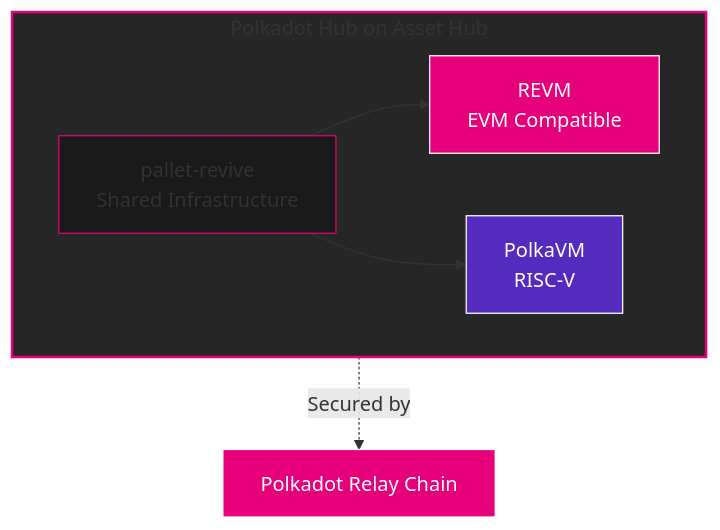
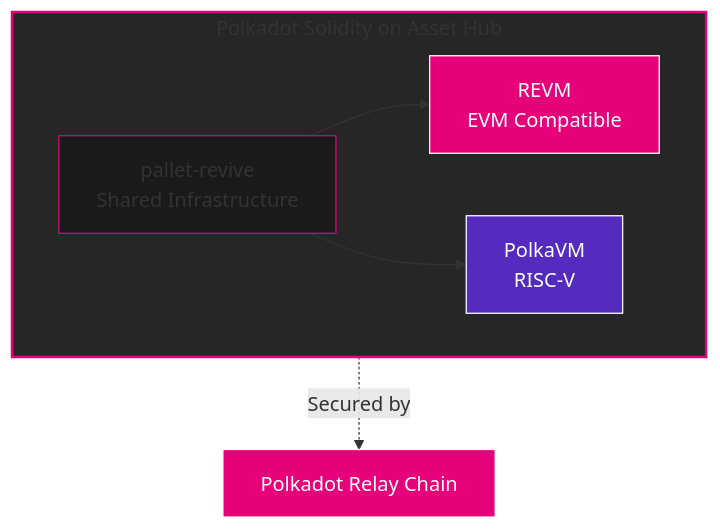
The second of 5 diagrams in slides/evm-tooling-development-setup.md (openguild-labs/polkadot-codecamp), drawn with Mermaid before and after one commit. The commit also changed other lines of this file and 29 other files, not shown here.

````diff
--- a/slides/evm-tooling-development-setup.md
+++ b/slides/evm-tooling-development-setup.md
@@ -60,20 +60,20 @@
 ```mermaid
 graph TB
-    subgraph HUB[Polkadot Hub on Asset Hub]
+    subgraph HUB[Polkadot Solidity on Asset Hub]
         PALLET[pallet-revive<br/>Shared Infrastructure]
         REVM[REVM<br/>EVM Compatible]
         POLKAVM[PolkaVM<br/>RISC-V]
     end
 
     RELAY[Polkadot Relay Chain]
 
     PALLET --> REVM
     PALLET --> POLKAVM
     HUB -.->|Secured by| RELAY
 
     style HUB fill:#262626,stroke:#E6007A,stroke-width:2px
     style PALLET fill:#1a1a1a,stroke:#E6007A
     style REVM fill:#E6007A,stroke:#fff,color:#fff
     style POLKAVM fill:#552BBF,stroke:#fff,color:#fff
     style RELAY fill:#E6007A,stroke:#fff,color:#fff
 ```
````
